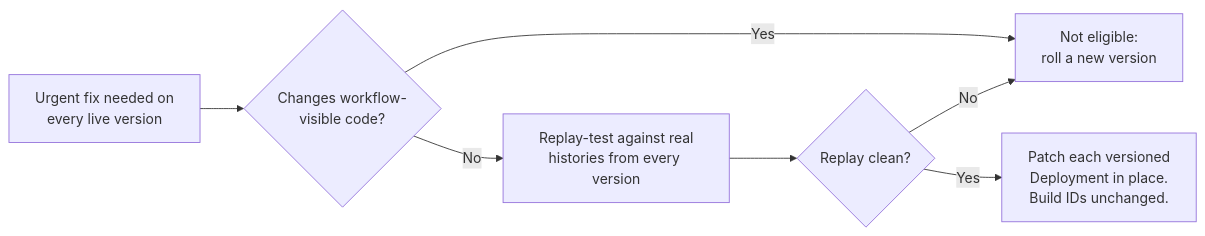
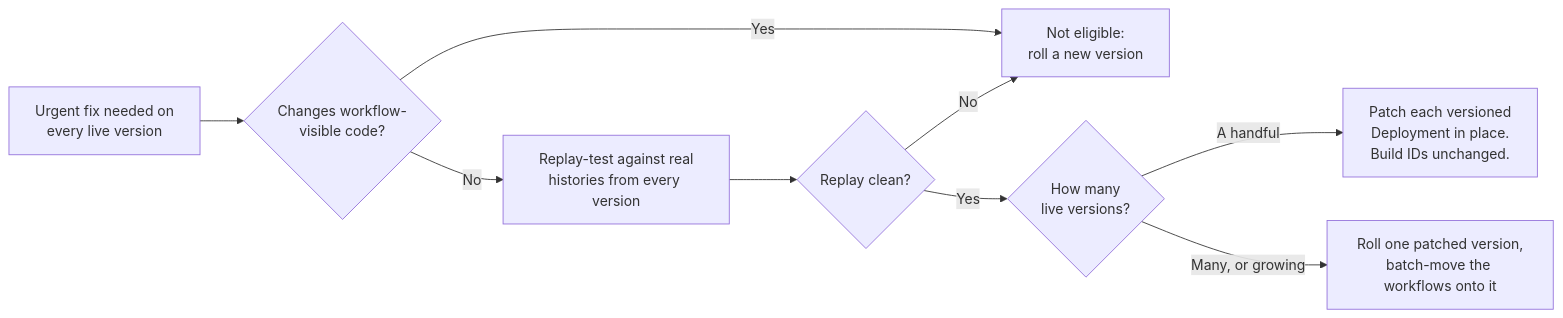
One commit to temporalio/temporal-worker-controller changed the first of 2 diagrams in docs/patching-live-versions.md. Above: the diagram before and after it, drawn with Mermaid. The commit also changed other lines of this file and 1 other file, not shown here.

````diff
--- a/docs/patching-live-versions.md
+++ b/docs/patching-live-versions.md
@@ -28,9 +66,11 @@
 ```mermaid
 flowchart LR
     A["Urgent fix needed on<br/>every live version"] --> B{"Changes workflow-<br/>visible code?"}
     B -->|Yes| C["Not eligible:<br/>roll a new version"]
     B -->|No| D["Replay-test against real<br/>histories from every version"]
     D --> E{"Replay clean?"}
     E -->|No| C
-    E -->|Yes| F["Patch each versioned<br/>Deployment in place.<br/>Build IDs unchanged."]
+    E -->|Yes| F{"How many<br/>live versions?"}
+    F -->|"A handful"| G["Patch each versioned<br/>Deployment in place.<br/>Build IDs unchanged."]
+    F -->|"Many, or growing"| H["Roll one patched version,<br/>batch-move the workflows onto it"]
 ```
````
